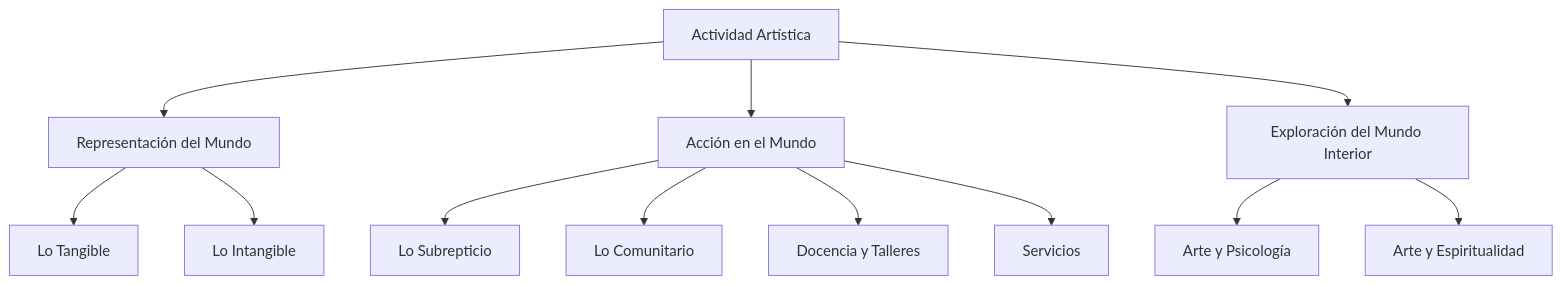
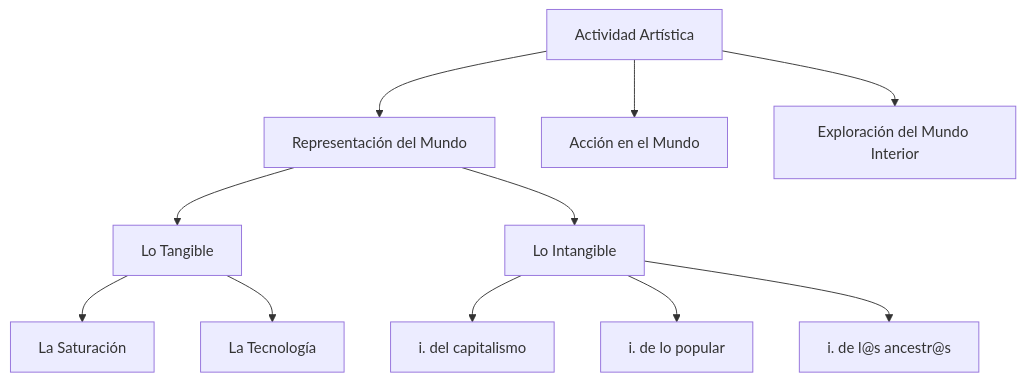
Before and after one commit to EGGS-Artesvisuales/EGGS-Artesvisuales.github.io: the diagram in ES/mundo-exterior.md, drawn with Mermaid.

```diff
--- a/ES/mundo-exterior.md
+++ b/ES/mundo-exterior.md
@@ -31,39 +31,32 @@
 <div class="mermaid">
 graph TD
     principal[Actividad Artística]
     representacion[Representación del Mundo]
     accion[Acción en el Mundo]
     interior[Exploración del Mundo Interior]
 
     principal --> representacion
     principal --> accion
     principal --> interior
 
     representacion --> tangible[Lo Tangible]
     representacion --> intangible[Lo Intangible]
 
-    accion --> subrepticio[Lo Subrepticio]
-    accion --> comunitario[Lo Comunitario]
-    accion --> docencia[Docencia y Talleres]
-    accion --> servicios[Servicios]
+    tangible --> saturacion[La Saturación]
+    tangible --> tecnologia[La Tecnología]
 
-    interior --> psicologia[Arte y Psicología]
-    interior --> espiritualidad[Arte y Espiritualidad]
+    intangible --> capitalismo[i. del capitalismo]
+    intangible --> popular[i. de lo popular]
+    intangible --> ancestrales[i. de l@s ancestr@s]
 
     click principal "/ES/index.html" "Ir al Inicio"
     click representacion "/ES/mundo-exterior.html" "Ir a Representación del Mundo"
     click tangible "/ES/tangible.html" "Ir a Lo Tangible"
     click intangible "/ES/intangible.html" "Ir a Lo Intangible"
 
     click accion "/ES/accion.html" "Ir a Acción en el Mundo"
-    click subrepticio "/ES/subrepticio.html" "Ir a Lo Subrepticio"
-    click comunitario "/ES/comunitario.html" "Ir a Lo Comunitario"
-    click docencia "/ES/docencia.html" "Ir a Docencia y Talleres"
-    click servicios "/ES/servicios.html" "Ir a Servicios"
+    click interior "/ES/interior.html" "Ir a Exploración del Mundo Interior"
 
-    click interior "/ES/interior.html" "Ir a Exploración del Mundo Interior"
-    click psicologia "/ES/arte-y-psicologia.html" "Ir a Arte y Psicología"
-    click espiritualidad "/ES/arte-y-espiritualidad.html" "Ir a Arte y Espiritualidad"
 
 
 </div>
```
